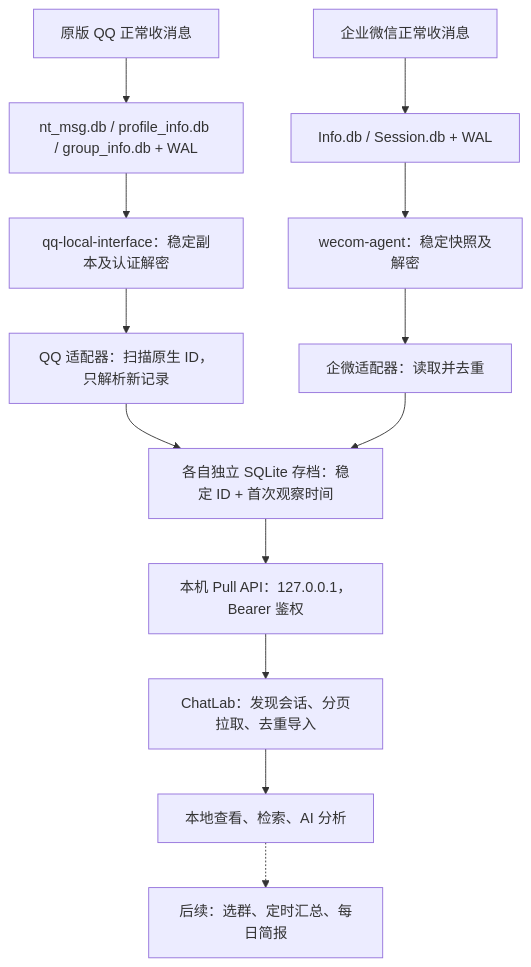
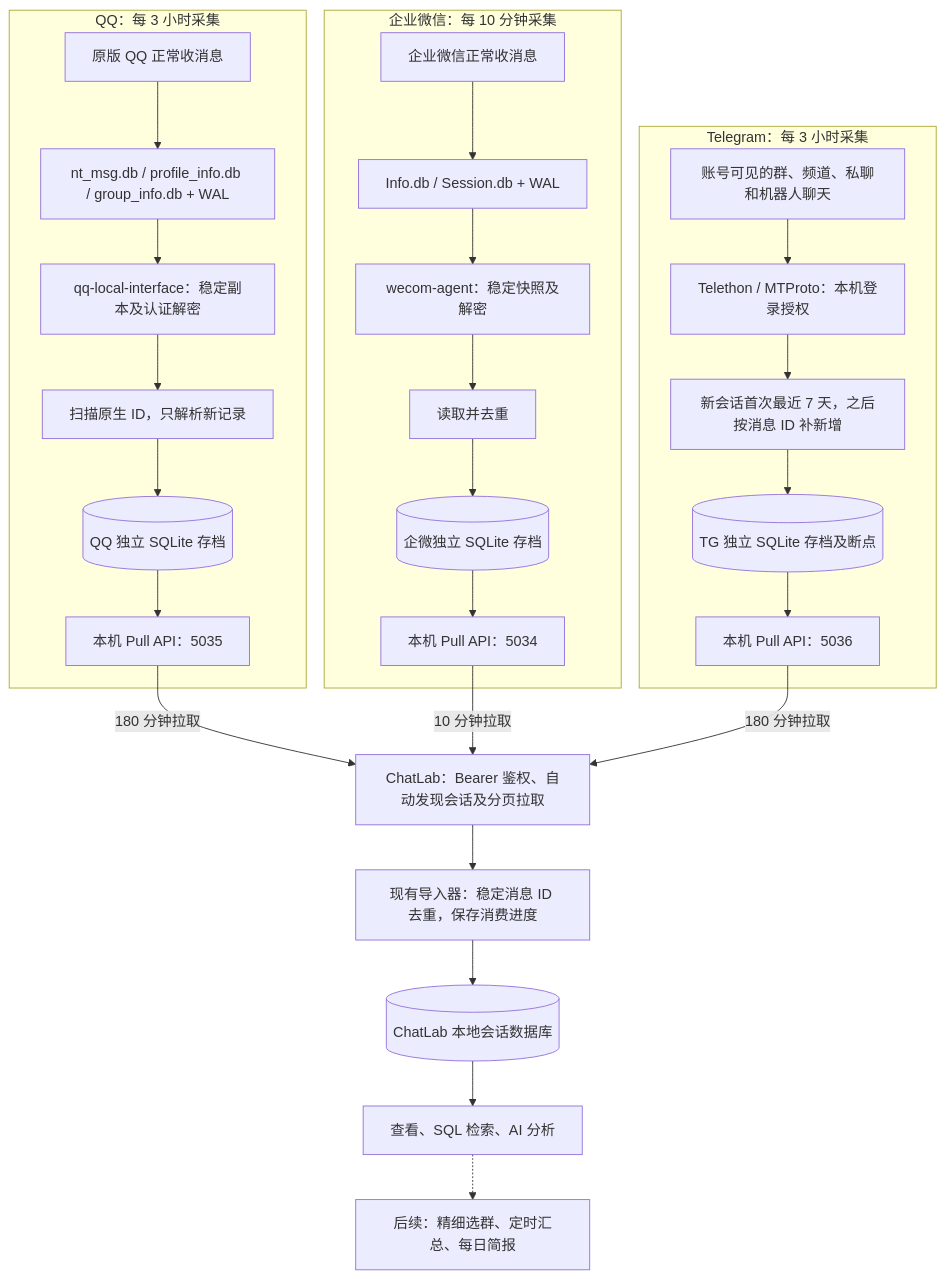
One commit to bufferducky/ChatLab changed the diagram in README.zh-CN.md. Above: the diagram before and after it, drawn with Mermaid. The commit also changed other lines of this file and 9 other files, not shown here.

Commit message:
feat(integrations): add Telegram collection and update source documentation

````diff
--- a/README.zh-CN.md
+++ b/README.zh-CN.md
@@ -23,15 +25,30 @@
 ```mermaid
 flowchart TD
-    QQ["原版 QQ 正常收消息"] --> QDB["nt_msg.db / profile_info.db / group_info.db + WAL"]
-    QDB --> QR["qq-local-interface：稳定副本及认证解密"]
-    QR --> QA["QQ 适配器：扫描原生 ID，只解析新记录"]
-    WC["企业微信正常收消息"] --> WDB["Info.db / Session.db + WAL"]
-    WDB --> WR["wecom-agent：稳定快照及解密"]
-    WR --> WA["企微适配器：读取并去重"]
-    QA --> STORE["各自独立 SQLite 存档：稳定 ID + 首次观察时间"]
-    WA --> STORE
-    STORE --> API["本机 Pull API：127.0.0.1，Bearer 鉴权"]
-    API --> CL["ChatLab：发现会话、分页拉取、去重导入"]
-    CL --> USE["本地查看、检索、AI 分析"]
-    USE -.-> TODO["后续：选群、定时汇总、每日简报"]
+    subgraph QQ_SOURCE["QQ：每 3 小时采集"]
+        QQ["原版 QQ 正常收消息"] --> QDB["nt_msg.db / profile_info.db / group_info.db + WAL"]
+        QDB --> QR["qq-local-interface：稳定副本及认证解密"]
+        QR --> QA["扫描原生 ID，只解析新记录"]
+        QA --> QS[("QQ 独立 SQLite 存档")]
+        QS --> QAPI["本机 Pull API：5035"]
+    end
+    subgraph WECOM_SOURCE["企业微信：每 10 分钟采集"]
+        WC["企业微信正常收消息"] --> WDB["Info.db / Session.db + WAL"]
+        WDB --> WR["wecom-agent：稳定快照及解密"]
+        WR --> WA["读取并去重"]
+        WA --> WS[("企微独立 SQLite 存档")]
+        WS --> WAPI["本机 Pull API：5034"]
+    end
+    subgraph TG_SOURCE["Telegram：每 3 小时采集"]
+        TG["账号可见的群、频道、私聊和机器人聊天"] --> TR["Telethon / MTProto：本机登录授权"]
+        TR --> TA["新会话首次最近 7 天，之后按消息 ID 补新增"]
+        TA --> TS[("TG 独立 SQLite 存档及断点")]
+        TS --> TAPI["本机 Pull API：5036"]
+    end
+    QAPI -->|"180 分钟拉取"| CL["ChatLab：Bearer 鉴权、自动发现会话及分页拉取"]
+    WAPI -->|"10 分钟拉取"| CL
+    TAPI -->|"180 分钟拉取"| CL
+    CL --> IMPORT["现有导入器：稳定消息 ID 去重，保存消费进度"]
+    IMPORT --> DB[("ChatLab 本地会话数据库")]
+    DB --> USE["查看、SQL 检索、AI 分析"]
+    USE -.-> TODO["后续：精细选群、定时汇总、每日简报"]
 ```
````
